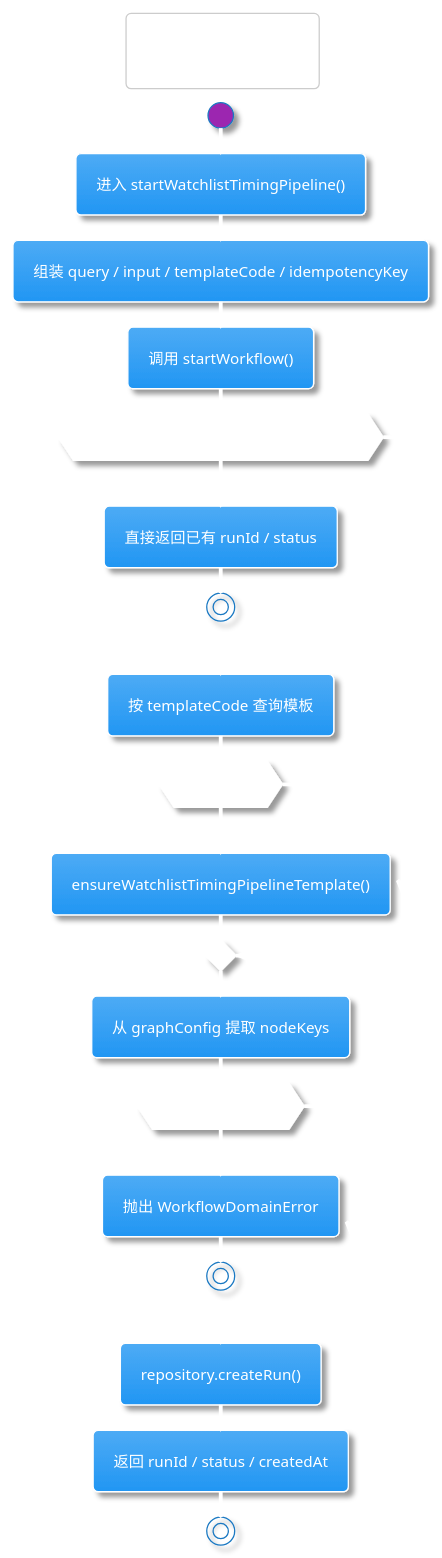
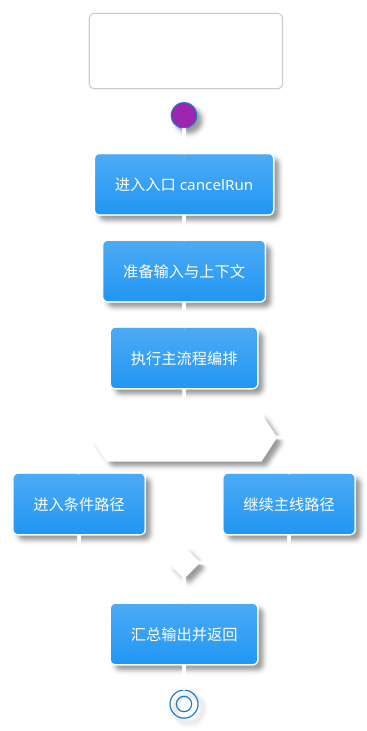
One commit to maroonxv/stock-screening-boost changed the diagram in docs/workflow-viz/code/src-server-application-workflow-command-service-ts-b8963d50-activity.puml. Above: the diagram before and after it, drawn with PlantUML. The commit also changed 20 other files, not shown here.

```diff
--- a/docs/workflow-viz/code/src-server-application-workflow-command-service-ts-b8963d50-activity.puml
+++ b/docs/workflow-viz/code/src-server-application-workflow-command-service-ts-b8963d50-activity.puml
@@ -1,43 +1,31 @@
 @startuml
 !theme materia
 skinparam defaultFontColor #FFFFFF
 skinparam ArrowColor #FFFFFF
 skinparam LineColor #FFFFFF
 skinparam PackageBorderColor #FFFFFF
 skinparam RectangleBorderColor #FFFFFF
 skinparam ComponentBorderColor #FFFFFF
 skinparam SequenceArrowColor #FFFFFF
 skinparam SequenceLifeLineBorderColor #FFFFFF
 skinparam SequenceParticipantBorderColor #FFFFFF
 skinparam SequenceParticipantFontColor #FFFFFF
 skinparam ActivityBorderColor #FFFFFF
 skinparam ActivityFontColor #FFFFFF
 skinparam ActivityDiamondBorderColor #FFFFFF
 skinparam ActivityDiamondFontColor #FFFFFF
 skinparam StateBorderColor #FFFFFF
 skinparam StateFontColor #FFFFFF
 title 主流程活动图
 start
-:进入 startWatchlistTimingPipeline();
-:组装 query / input / templateCode / idempotencyKey;
-:调用 startWorkflow();
-if (幂等键命中已有 pending/running run?) then (是)
-  :直接返回已有 runId / status;
-  stop
+:进入入口 cancelRun;
+:准备输入与上下文;
+:执行主流程编排;
+if (是否命中关键分支?) then (是)
+  :进入条件路径;
+else (否)
+  :继续主线路径;
 endif
-
-:按 templateCode 查询模板;
-if (模板缺失?) then (是)
-  :ensureWatchlistTimingPipelineTemplate();
-endif
-
-:从 graphConfig 提取 nodeKeys;
-if (nodeKeys 为空?) then (是)
-  :抛出 WorkflowDomainError;
-  stop
-endif
-
-:repository.createRun();
-:返回 runId / status / createdAt;
+:汇总输出并返回;
 stop
 @enduml
```
